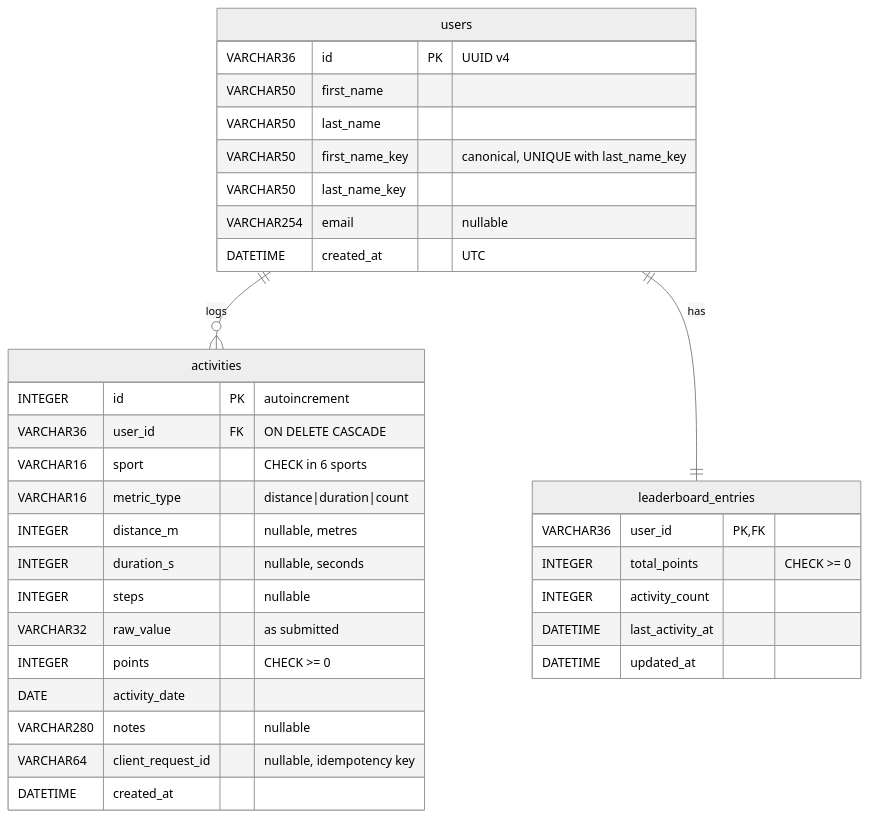
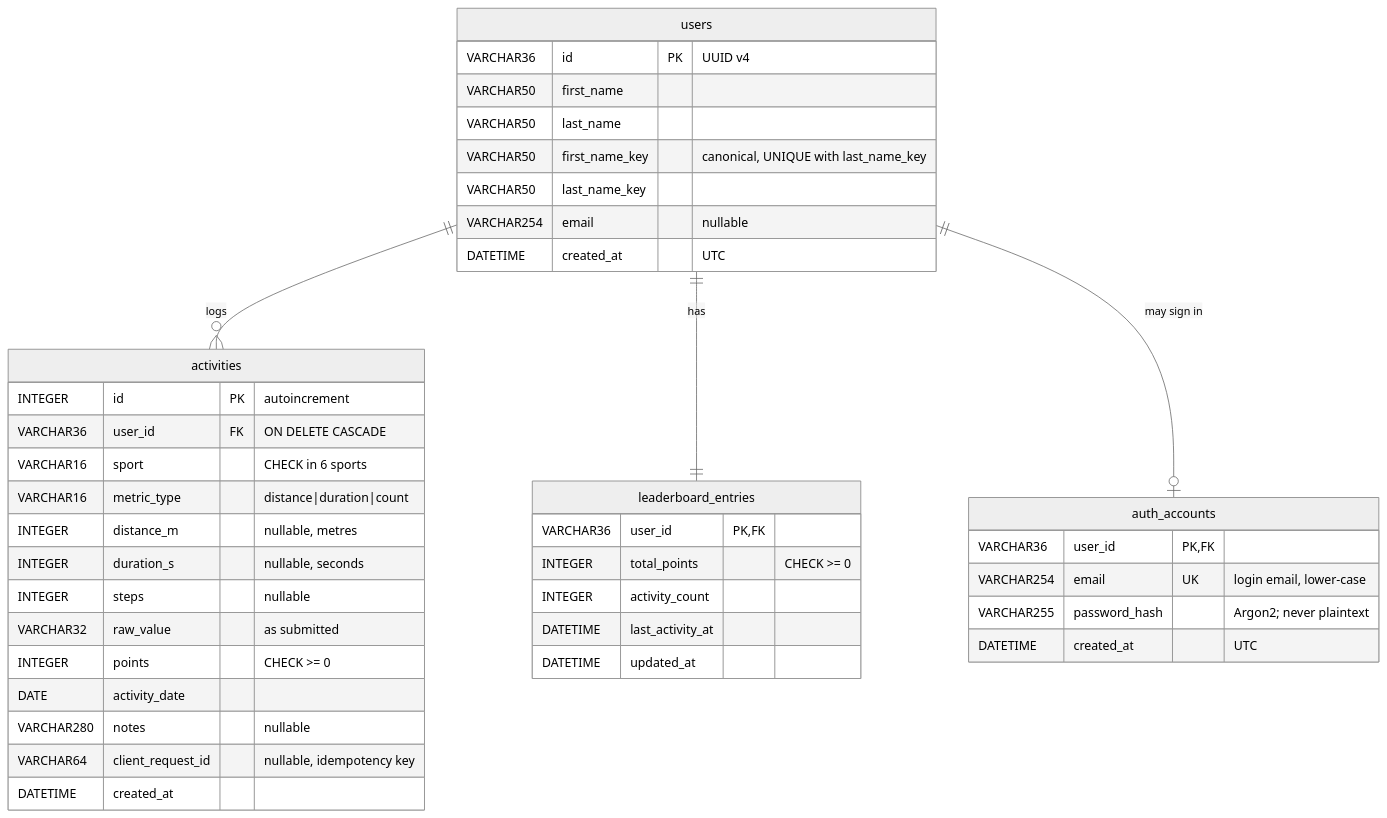
Before and after one commit to sanjeev1508/FinessChallenge: the second of 2 diagrams in DESIGN.md, drawn with Mermaid (neutral theme). The commit also changed other lines of this file and 33 other files, not shown here.

````diff
--- a/DESIGN.md
+++ b/DESIGN.md
@@ -63,36 +92,43 @@
 ```mermaid
 erDiagram
     users ||--o{ activities : logs
     users ||--|| leaderboard_entries : has
+    users ||--o| auth_accounts : "may sign in"
     users {
         VARCHAR36 id PK "UUID v4"
         VARCHAR50 first_name
         VARCHAR50 last_name
         VARCHAR50 first_name_key "canonical, UNIQUE with last_name_key"
         VARCHAR50 last_name_key
         VARCHAR254 email "nullable"
+        DATETIME created_at "UTC"
+    }
+    auth_accounts {
+        VARCHAR36 user_id PK,FK
+        VARCHAR254 email UK "login email, lower-case"
+        VARCHAR255 password_hash "Argon2; never plaintext"
         DATETIME created_at "UTC"
     }
     activities {
         INTEGER id PK "autoincrement"
         VARCHAR36 user_id FK "ON DELETE CASCADE"
         VARCHAR16 sport "CHECK in 6 sports"
         VARCHAR16 metric_type "distance|duration|count"
         INTEGER distance_m "nullable, metres"
         INTEGER duration_s "nullable, seconds"
         INTEGER steps "nullable"
         VARCHAR32 raw_value "as submitted"
         INTEGER points "CHECK >= 0"
         DATE activity_date
         VARCHAR280 notes "nullable"
         VARCHAR64 client_request_id "nullable, idempotency key"
         DATETIME created_at
     }
     leaderboard_entries {
         VARCHAR36 user_id PK,FK
         INTEGER total_points "CHECK >= 0"
         INTEGER activity_count
         DATETIME last_activity_at
         DATETIME updated_at
     }
 ```
````
